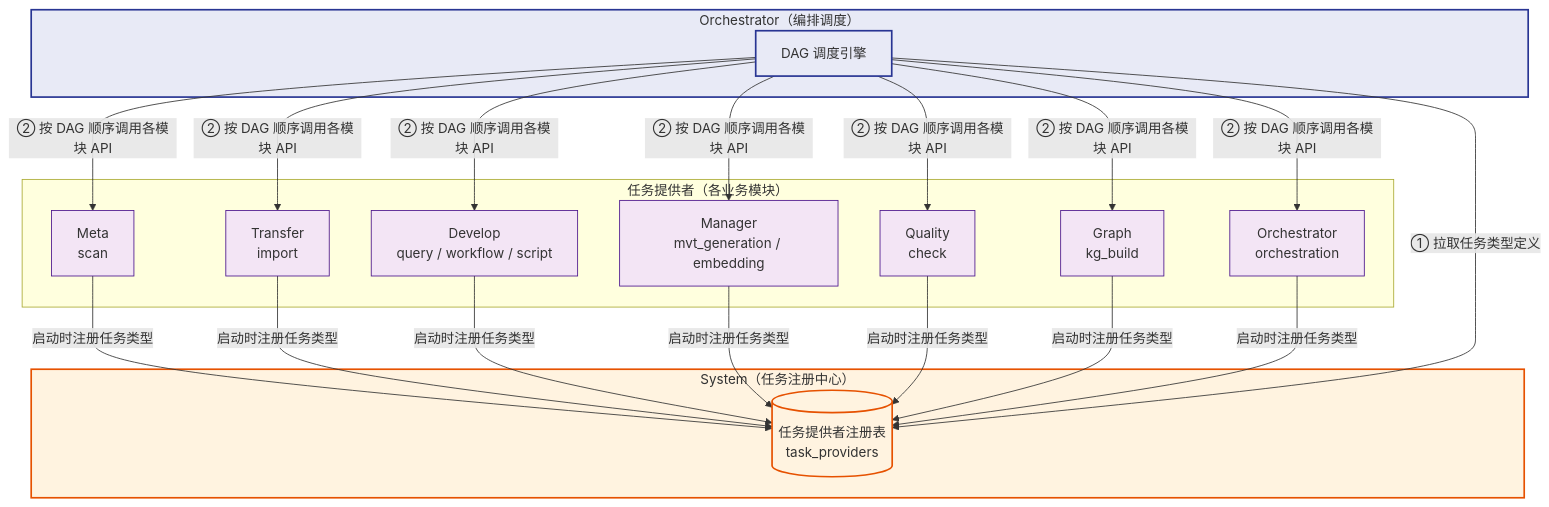
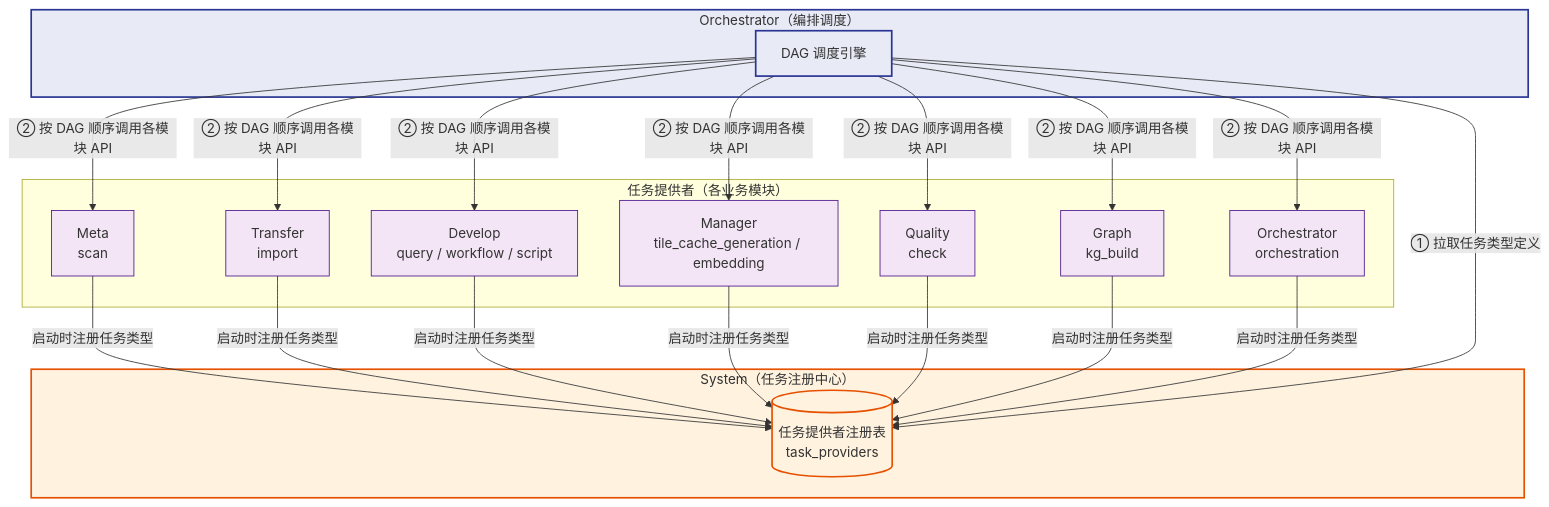
Diagram 11 of 12 in docs/concepts/addp模块架构图.md (pampa0629/addp), drawn with Mermaid before and after one commit. The commit also changed other lines of this file and 136 other files, not shown here.

````diff
--- a/docs/concepts/addp模块架构图.md
+++ b/docs/concepts/addp模块架构图.md
@@ -716,44 +713,44 @@
 ```mermaid
 graph TB
     subgraph System["System（任务注册中心）"]
         TaskRegistry[(任务提供者注册表<br/>task_providers)]
     end
 
     subgraph Providers["任务提供者（各业务模块）"]
         MetaT["Meta<br/>scan"]
         TransferT["Transfer<br/>import"]
         DevelopT["Develop<br/>query / workflow / script"]
-        ManagerT["Manager<br/>mvt_generation / embedding"]
+        ManagerT["Manager<br/>tile_cache_generation / embedding"]
         QualityT["Quality<br/>check"]
         GraphT["Graph<br/>kg_build"]
         OrchestratorT["Orchestrator<br/>orchestration"]
 
         MetaT   -->|"启动时注册任务类型"| TaskRegistry
         TransferT -->|"启动时注册任务类型"| TaskRegistry
         DevelopT -->|"启动时注册任务类型"| TaskRegistry
         ManagerT -->|"启动时注册任务类型"| TaskRegistry
         QualityT -->|"启动时注册任务类型"| TaskRegistry
         GraphT -->|"启动时注册任务类型"| TaskRegistry
         OrchestratorT -->|"启动时注册任务类型"| TaskRegistry
     end
 
     subgraph Orchestrator["Orchestrator（编排调度）"]
         DAGEngine["DAG 调度引擎"]
         DAGEngine -->|"① 拉取任务类型定义"| TaskRegistry
         DAGEngine -->|"② 按 DAG 顺序调用各模块 API"| MetaT
         DAGEngine -->|"② 按 DAG 顺序调用各模块 API"| TransferT
         DAGEngine -->|"② 按 DAG 顺序调用各模块 API"| DevelopT
         DAGEngine -->|"② 按 DAG 顺序调用各模块 API"| ManagerT
         DAGEngine -->|"② 按 DAG 顺序调用各模块 API"| QualityT
         DAGEngine -->|"② 按 DAG 顺序调用各模块 API"| GraphT
         DAGEngine -->|"② 按 DAG 顺序调用各模块 API"| OrchestratorT
     end
 
     classDef system fill:#fff3e0,stroke:#e65100,stroke-width:2px
     classDef provider fill:#f3e5f5,stroke:#4a148c
     classDef orch fill:#e8eaf6,stroke:#283593,stroke-width:2px
 
     class System,TaskRegistry system
     class MetaT,TransferT,DevelopT,ManagerT,QualityT,GraphT,OrchestratorT provider
     class Orchestrator,DAGEngine orch
 ```
````
